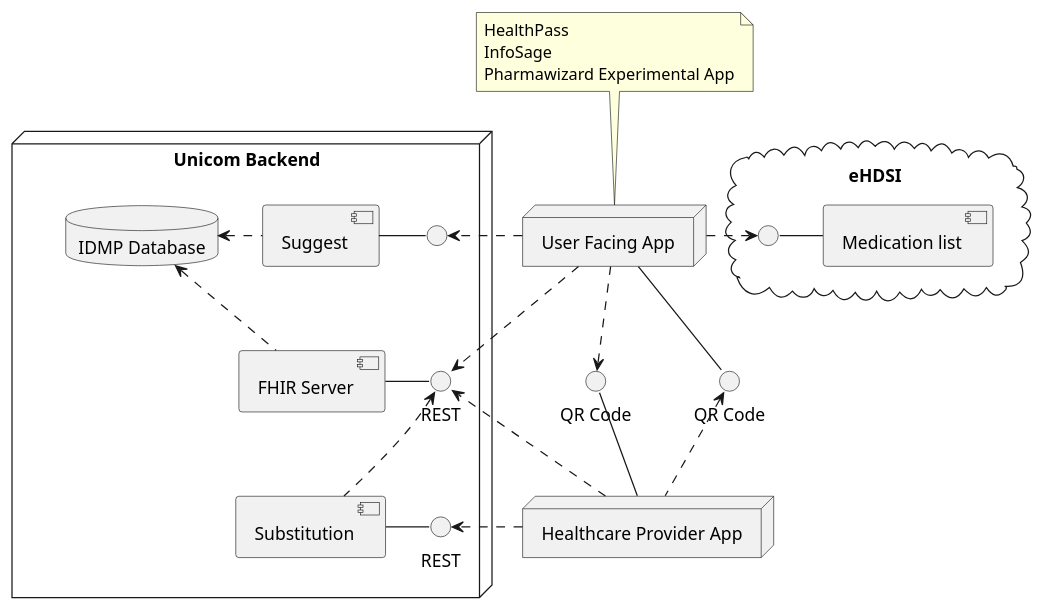
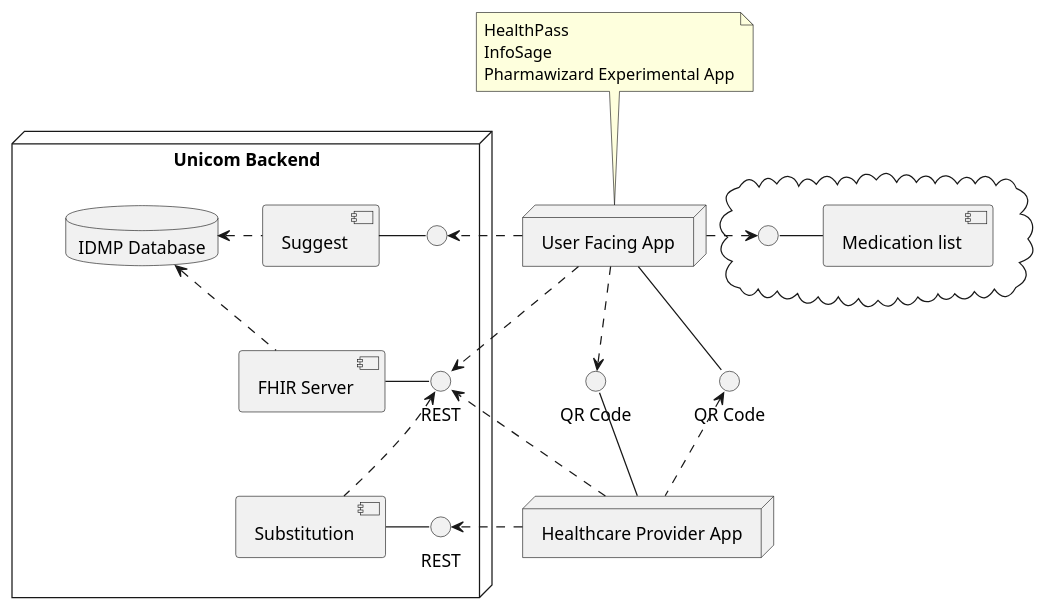
One commit to unicom-project-eu/wp6-db-api changed the diagram in uml/component/component.puml. Above: the diagram before and after it, drawn with PlantUML.

Commit message:
Removed eHDSI mention

```diff
--- a/uml/component/component.puml
+++ b/uml/component/component.puml
@@ -1,72 +1,72 @@
 @startuml
 
 node "Unicom Backend" as unicomBackend {
     together {
         interface " " as suggestInt
         component "Suggest" as suggest
         suggest - suggestInt
 
         interface REST
         component "FHIR Server" as fhir
         fhir - REST
     }
 
     together {
         component "Substitution" as substitution
         interface "REST" as substitutionInt
         substitution - substitutionInt
     }
 
     database "IDMP Database" as idmpDb
 
     idmpDb <.r. fhir
     idmpDb <.r. suggest
     suggest -[hidden]- fhir
     REST <.. substitution
 }
 
 together {
     interface "QR Code" as qrCodeUser
     interface "QR Code" as qrCodePharmacist
 }
 
 together {
     node "User Facing App" as userApp {
     }
 
     userApp .d.> qrCodePharmacist
     userApp -d- qrCodeUser
     suggestInt <.l. userApp
 
     note top of userApp {
         HealthPass
         InfoSage
         Pharmawizard Experimental App
     }
 }
 
-cloud "eHDSI" {
+cloud {
     together {
         component "Medication list" as medicationList
 
         interface " " as medicationListInt
         medicationListInt - medicationList
     }
 }
 
 userApp .r.> medicationListInt
 userApp .> REST
 
 together {
     node "Healthcare Provider App" as pharmacistApp
 
     qrCodeUser <.d. pharmacistApp
     qrCodePharmacist -d- pharmacistApp
     substitutionInt <.l. pharmacistApp
 }
 
 unicomBackend -[hidden] userApp
 
 pharmacistApp .> REST
 
 @enduml
```
